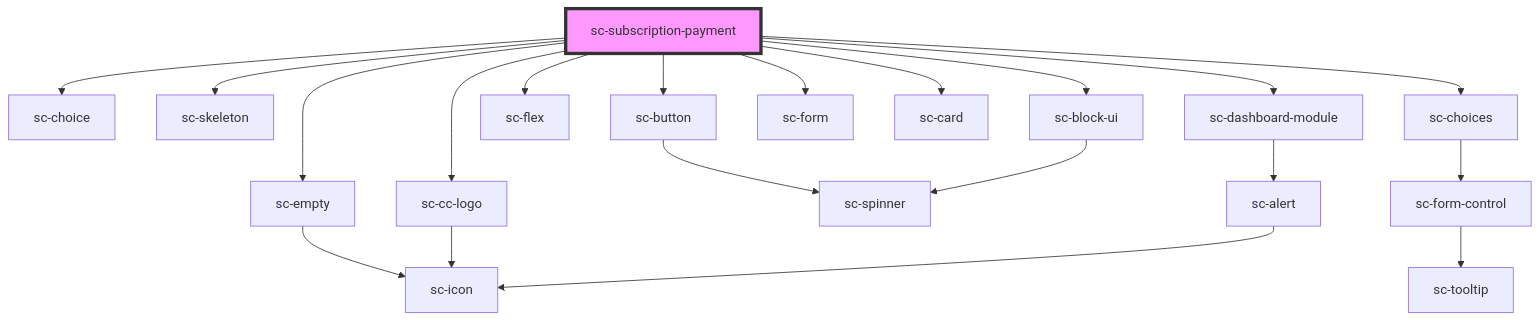
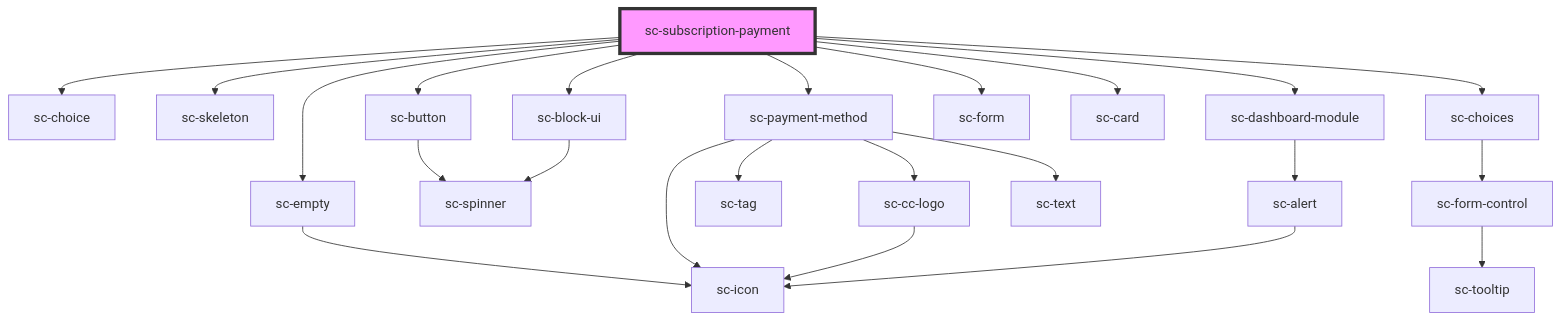
Before and after one commit to surecart/surecart-wp-plugin: the diagram in packages/components/src/components/controllers/dashboard/subscription-payment/readme.md, drawn with Mermaid. The commit also changed other lines of this file and 12 other files, not shown here.

````diff
--- a/packages/components/src/components/controllers/dashboard/subscription-payment/readme.md
+++ b/packages/components/src/components/controllers/dashboard/subscription-payment/readme.md
@@ -37,23 +36,26 @@
 ```mermaid
 graph TD;
   sc-subscription-payment --> sc-choice
   sc-subscription-payment --> sc-skeleton
   sc-subscription-payment --> sc-button
   sc-subscription-payment --> sc-empty
   sc-subscription-payment --> sc-choices
-  sc-subscription-payment --> sc-flex
-  sc-subscription-payment --> sc-cc-logo
+  sc-subscription-payment --> sc-payment-method
   sc-subscription-payment --> sc-dashboard-module
   sc-subscription-payment --> sc-form
   sc-subscription-payment --> sc-card
   sc-subscription-payment --> sc-block-ui
   sc-button --> sc-spinner
   sc-empty --> sc-icon
   sc-choices --> sc-form-control
   sc-form-control --> sc-tooltip
+  sc-payment-method --> sc-tag
+  sc-payment-method --> sc-cc-logo
+  sc-payment-method --> sc-icon
+  sc-payment-method --> sc-text
   sc-cc-logo --> sc-icon
   sc-dashboard-module --> sc-alert
   sc-alert --> sc-icon
   sc-block-ui --> sc-spinner
   style sc-subscription-payment fill:#f9f,stroke:#333,stroke-width:4px
 ```
````
